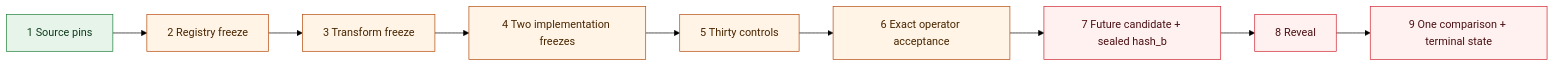
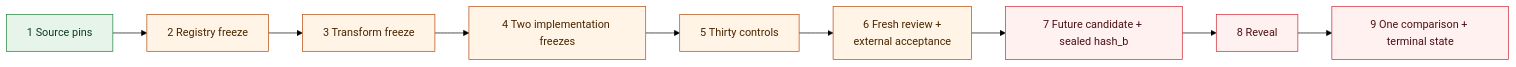
The diagram in experiments/e-000/README.md (manfromnowhere143/aeye), drawn with Mermaid (forest theme) before and after one commit. The commit also changed other lines of this file and 7 other files, not shown here.

````diff
--- a/experiments/e-000/README.md
+++ b/experiments/e-000/README.md
@@ -44,21 +51,21 @@
 ```mermaid
 flowchart LR
     accTitle: E-000 fail-closed phase order
     accDescr: The corrected order freezes sources, registry, recipe, two implementations, and all controls before fresh review and exact operator acceptance start the future-block clock. The target commitment remains sealed until one final comparison.
 
     S["1 Source pins"] --> R["2 Registry freeze"]
     R --> T["3 Transform freeze"]
     T --> I["4 Two implementation freezes"]
     I --> K["5 Thirty controls"]
-    K --> A["6 Exact operator acceptance"]
+    K --> A["6 Fresh review +<br/>external acceptance"]
     A --> C["7 Future candidate + sealed hash_b"]
     C --> V["8 Reveal"]
     V --> O["9 One comparison + terminal state"]
 
     classDef ready fill:#e6f4ea,stroke:#1a7f37,color:#0f3d1c;
     classDef pending fill:#fff4e5,stroke:#b54708,color:#4a2500;
     classDef forbidden fill:#fff1f0,stroke:#cf222e,color:#4c1114;
     class S ready;
     class A,R,T,I,K pending;
     class C,V,O forbidden;
 ```
````
